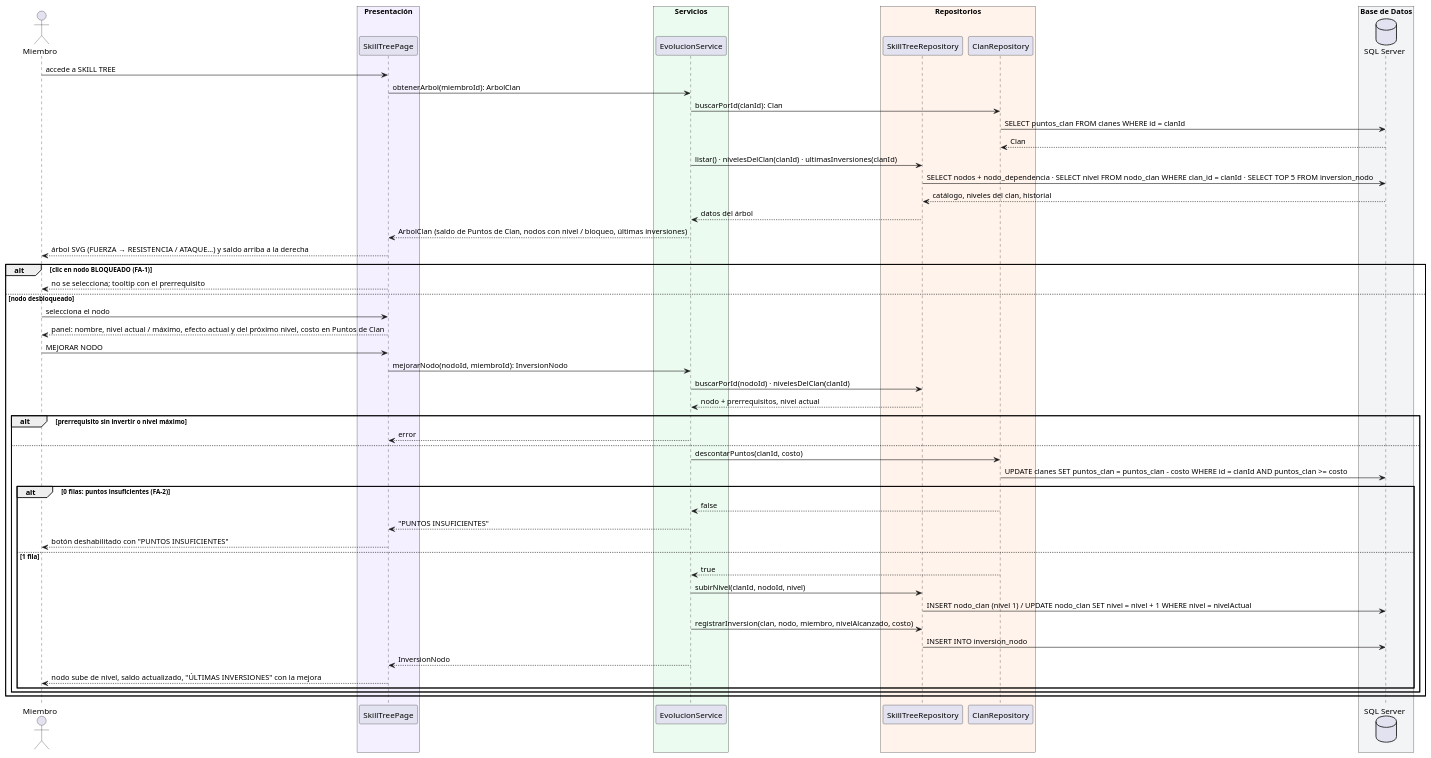
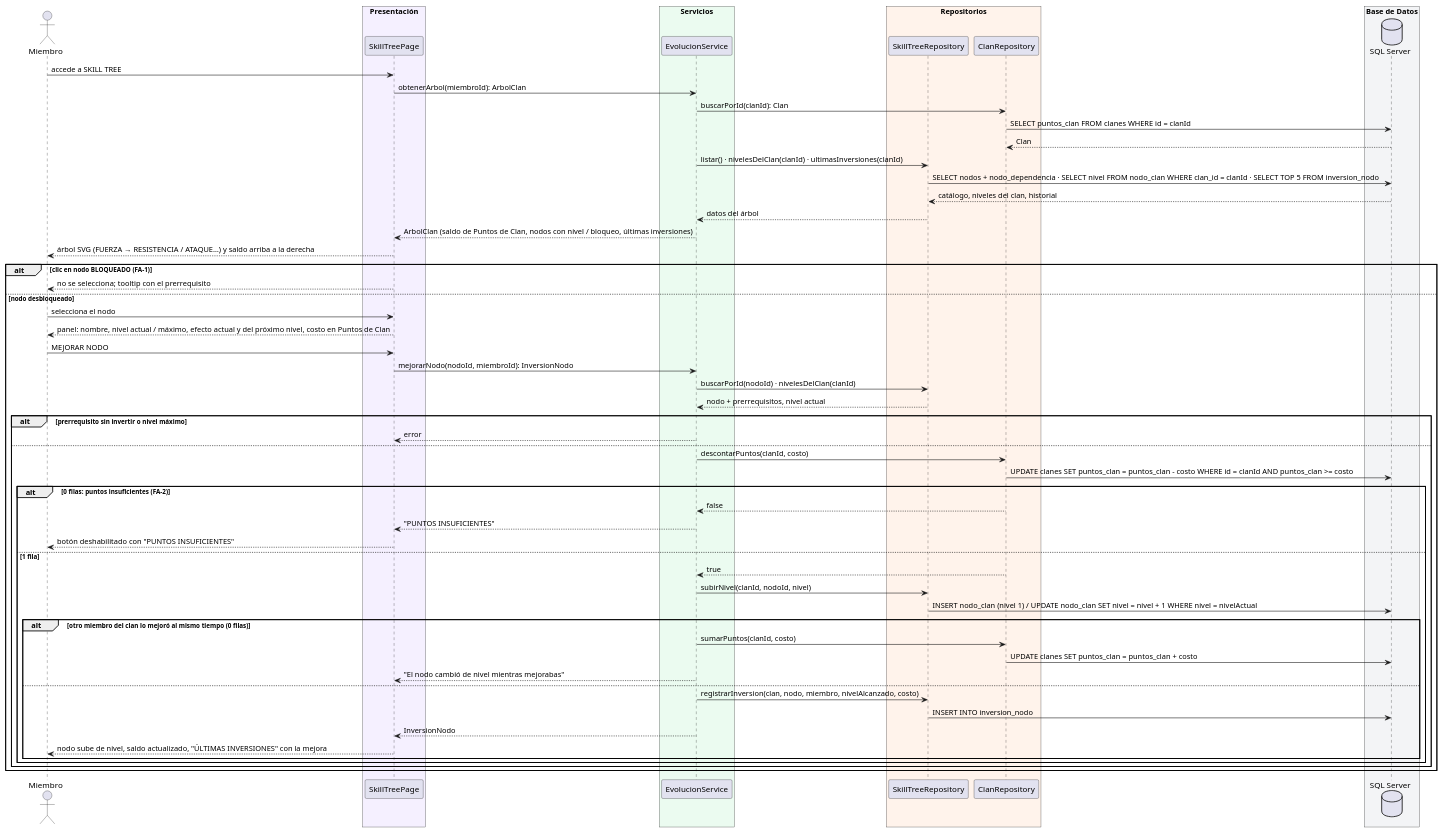
Before and after one commit to nicolassepulveda13/SAP: the sixth of 8 diagrams in silverback/docs/secuencias-cu003-cu004.md, drawn with PlantUML. The commit also changed other lines of this file and 12 other files, not shown here.

````diff
--- a/silverback/docs/secuencias-cu003-cu004.md
+++ b/silverback/docs/secuencias-cu003-cu004.md
@@ -373,66 +389,72 @@
 ```plantuml
 @startuml CU-004-002
 
 actor Miembro
 
 box "Presentación" #F5F0FF
   participant "SkillTreePage" as Page
 end box
 
 box "Servicios" #EBFBF0
   participant "EvolucionService" as Svc
 end box
 
 box "Repositorios" #FFF3EB
   participant "SkillTreeRepository" as STRepo
   participant "ClanRepository" as ClanRepo
 end box
 
 box "Base de Datos" #F3F4F6
   database "SQL Server" as DB
 end box
 
 Miembro -> Page: accede a SKILL TREE
 Page -> Svc: obtenerArbol(miembroId): ArbolClan
 Svc -> ClanRepo: buscarPorId(clanId): Clan
 ClanRepo -> DB: SELECT puntos_clan FROM clanes WHERE id = clanId
 DB --> ClanRepo: Clan
 Svc -> STRepo: listar() · nivelesDelClan(clanId) · ultimasInversiones(clanId)
 STRepo -> DB: SELECT nodos + nodo_dependencia · SELECT nivel FROM nodo_clan WHERE clan_id = clanId · SELECT TOP 5 FROM inversion_nodo
 DB --> STRepo: catálogo, niveles del clan, historial
 STRepo --> Svc: datos del árbol
 Svc --> Page: ArbolClan (saldo de Puntos de Clan, nodos con nivel / bloqueo, últimas inversiones)
 Page --> Miembro: árbol SVG (FUERZA → RESISTENCIA / ATAQUE…) y saldo arriba a la derecha
 
 alt clic en nodo BLOQUEADO (FA-1)
     Page --> Miembro: no se selecciona; tooltip con el prerrequisito
 else nodo desbloqueado
     Miembro -> Page: selecciona el nodo
     Page --> Miembro: panel: nombre, nivel actual / máximo, efecto actual y del próximo nivel, costo en Puntos de Clan
     Miembro -> Page: MEJORAR NODO
     Page -> Svc: mejorarNodo(nodoId, miembroId): InversionNodo
     Svc -> STRepo: buscarPorId(nodoId) · nivelesDelClan(clanId)
     STRepo --> Svc: nodo + prerrequisitos, nivel actual
     alt prerrequisito sin invertir o nivel máximo
         Svc --> Page: error
     else
         Svc -> ClanRepo: descontarPuntos(clanId, costo)
         ClanRepo -> DB: UPDATE clanes SET puntos_clan = puntos_clan - costo WHERE id = clanId AND puntos_clan >= costo
         alt 0 filas: puntos insuficientes (FA-2)
             ClanRepo --> Svc: false
             Svc --> Page: "PUNTOS INSUFICIENTES"
             Page --> Miembro: botón deshabilitado con "PUNTOS INSUFICIENTES"
         else 1 fila
             ClanRepo --> Svc: true
             Svc -> STRepo: subirNivel(clanId, nodoId, nivel)
             STRepo -> DB: INSERT nodo_clan (nivel 1) / UPDATE nodo_clan SET nivel = nivel + 1 WHERE nivel = nivelActual
-            Svc -> STRepo: registrarInversion(clan, nodo, miembro, nivelAlcanzado, costo)
-            STRepo -> DB: INSERT INTO inversion_nodo
-            Svc --> Page: InversionNodo
-            Page --> Miembro: nodo sube de nivel, saldo actualizado, "ÚLTIMAS INVERSIONES" con la mejora
+            alt otro miembro del clan lo mejoró al mismo tiempo (0 filas)
+                Svc -> ClanRepo: sumarPuntos(clanId, costo)
+                ClanRepo -> DB: UPDATE clanes SET puntos_clan = puntos_clan + costo
+                Svc --> Page: "El nodo cambió de nivel mientras mejorabas"
+            else
+                Svc -> STRepo: registrarInversion(clan, nodo, miembro, nivelAlcanzado, costo)
+                STRepo -> DB: INSERT INTO inversion_nodo
+                Svc --> Page: InversionNodo
+                Page --> Miembro: nodo sube de nivel, saldo actualizado, "ÚLTIMAS INVERSIONES" con la mejora
+            end
         end
     end
 end
 
 @enduml
 ```
````
